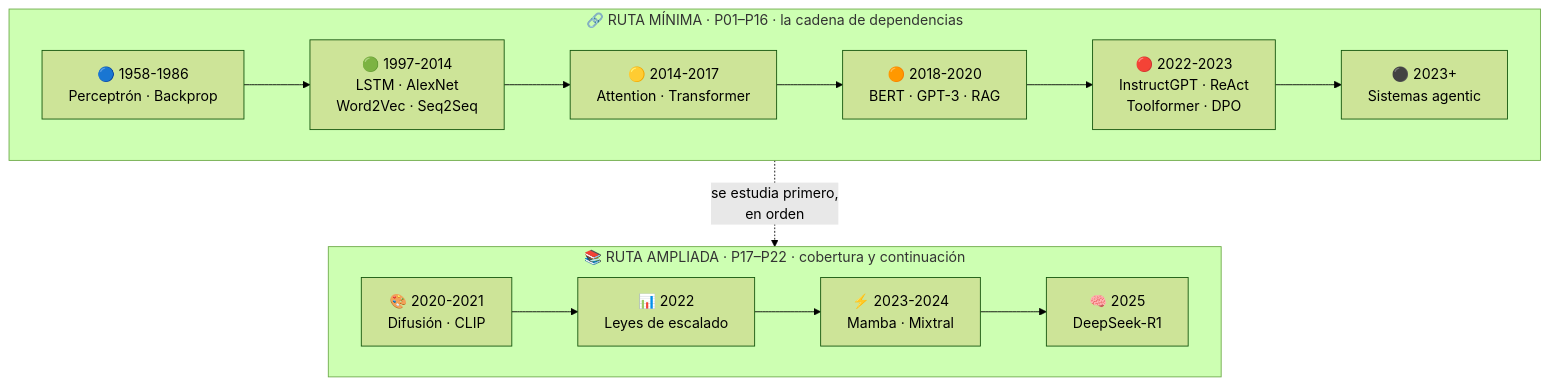
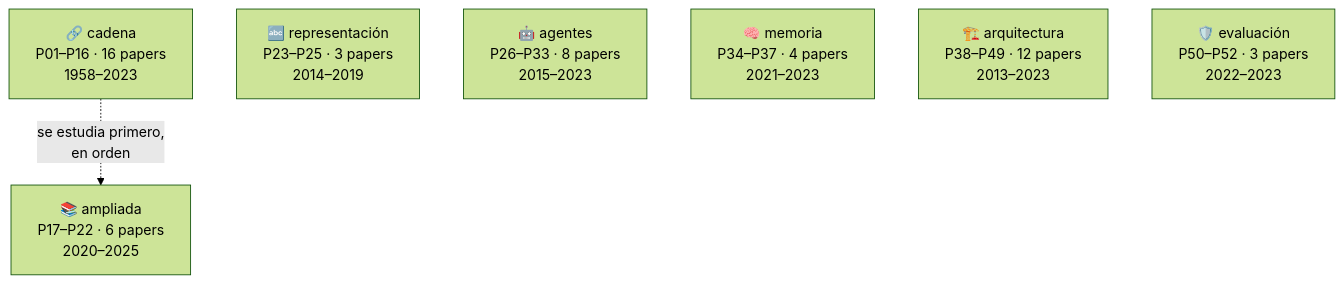
Before and after one commit to vladimiracunadev-create/artificial-intelligence-evolution-program: the first of 2 diagrams in papers/README.md, drawn with Mermaid (forest theme). The commit also changed other lines of this file and 16 other files, not shown here.

````diff
--- a/papers/README.md
+++ b/papers/README.md
@@ -53,18 +58,11 @@
 ```mermaid
 flowchart TD
-    subgraph MIN["🔗 RUTA MÍNIMA · P01–P16 · la cadena de dependencias"]
-        direction LR
-        A["🔵 1958-1986<br/>Perceptrón · Backprop"] --> B["🟢 1997-2014<br/>LSTM · AlexNet<br/>Word2Vec · Seq2Seq"]
-        B --> C["🟡 2014-2017<br/>Attention · Transformer"]
-        C --> D["🟠 2018-2020<br/>BERT · GPT-3 · RAG"]
-        D --> E["🔴 2022-2023<br/>InstructGPT · ReAct<br/>Toolformer · DPO"]
-        E --> F["⚫ 2023+<br/>Sistemas agentic"]
-    end
-    subgraph AMP["📚 RUTA AMPLIADA · P17–P22 · cobertura y continuación"]
-        direction LR
-        G["🎨 2020-2021<br/>Difusión · CLIP"] --> H["📊 2022<br/>Leyes de escalado"]
-        H --> I["⚡ 2023-2024<br/>Mamba · Mixtral"]
-        I --> J["🧠 2025<br/>DeepSeek-R1"]
-    end
-    MIN -.->|"se estudia primero,<br/>en orden"| AMP
+    R1["🔗 cadena<br/>P01–P16 · 16 papers<br/>1958–2023"]
+    R2["📚 ampliada<br/>P17–P22 · 6 papers<br/>2020–2025"]
+    R3["🔤 representación<br/>P23–P25 · 3 papers<br/>2014–2019"]
+    R4["🤖 agentes<br/>P26–P33 · 8 papers<br/>2015–2023"]
+    R5["🧠 memoria<br/>P34–P37 · 4 papers<br/>2021–2023"]
+    R6["🏗️ arquitectura<br/>P38–P49 · 12 papers<br/>2013–2023"]
+    R7["🛡️ evaluación<br/>P50–P52 · 3 papers<br/>2022–2023"]
+    R1 -.->|"se estudia primero,<br/>en orden"| R2
 ```
````
